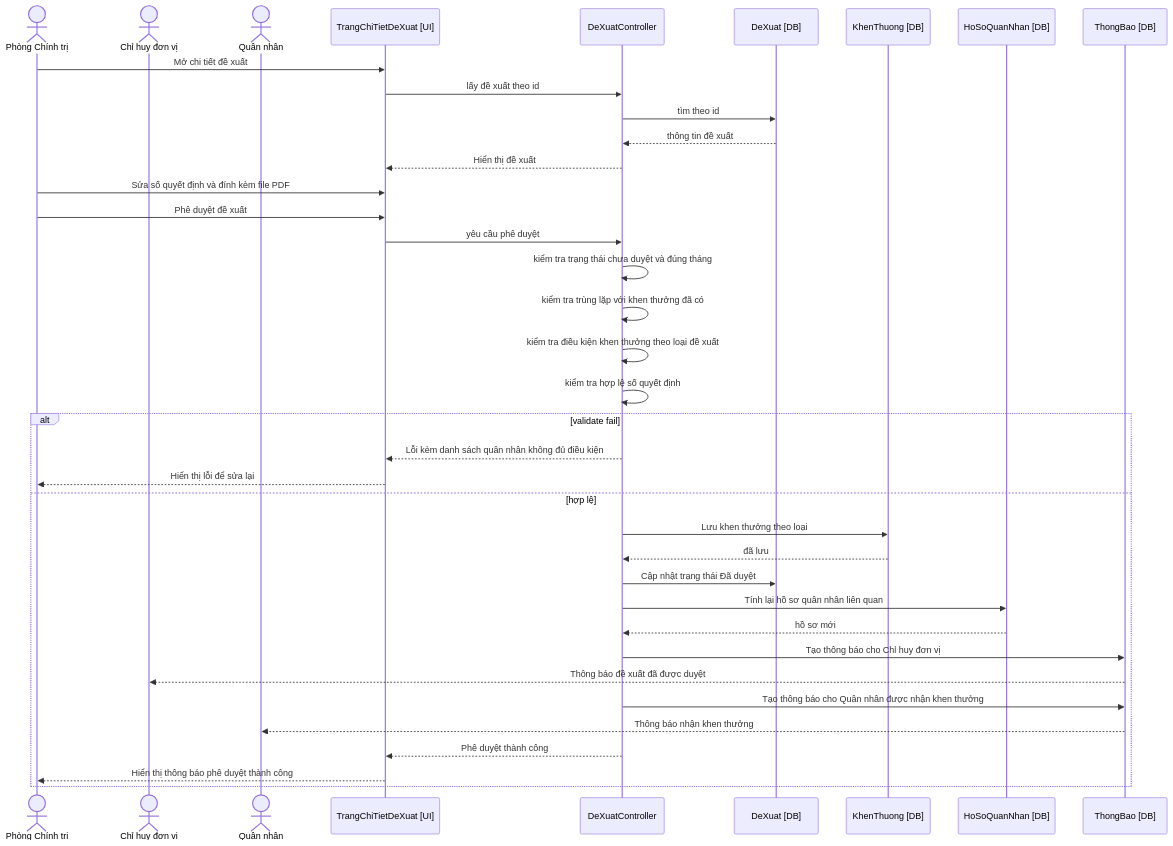
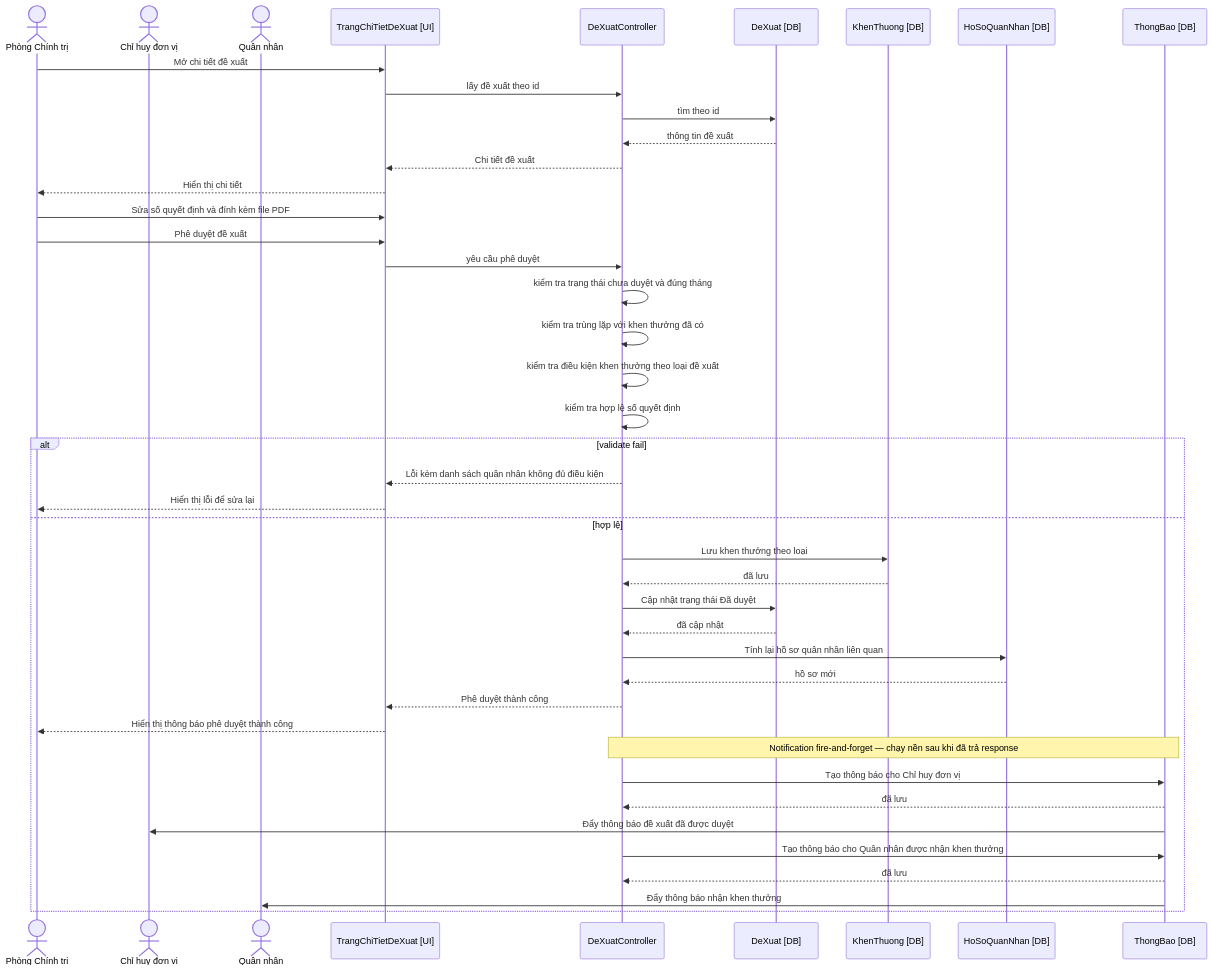
The third of 9 diagrams in docs/diagrams/05-sequence.md (tranducbk/DATN_PM_QLKT), drawn with Mermaid before and after one commit. The commit also changed other lines of this file and 123 other files, not shown here.

````diff
--- a/docs/diagrams/05-sequence.md
+++ b/docs/diagrams/05-sequence.md
@@ -69,45 +81,50 @@
 ```mermaid
 sequenceDiagram
     actor ADM as Phòng Chính trị
     actor MGR as Chỉ huy đơn vị
     actor QN as Quân nhân
     participant Page as TrangChiTietDeXuat [UI]
     participant Ctrl as DeXuatController
     participant DX as DeXuat [DB]
     participant KT as KhenThuong [DB]
     participant HS as HoSoQuanNhan [DB]
     participant TB as ThongBao [DB]
 
     ADM->>Page: Mở chi tiết đề xuất
     Page->>Ctrl: lấy đề xuất theo id
     Ctrl->>DX: tìm theo id
     DX-->>Ctrl: thông tin đề xuất
-    Ctrl-->>Page: Hiển thị đề xuất
+    Ctrl-->>Page: Chi tiết đề xuất
+    Page-->>ADM: Hiển thị chi tiết
 
     ADM->>Page: Sửa số quyết định và đính kèm file PDF
     ADM->>Page: Phê duyệt đề xuất
     Page->>Ctrl: yêu cầu phê duyệt
     Ctrl->>Ctrl: kiểm tra trạng thái chưa duyệt và đúng tháng
     Ctrl->>Ctrl: kiểm tra trùng lặp với khen thưởng đã có
     Ctrl->>Ctrl: kiểm tra điều kiện khen thưởng theo loại đề xuất
     Ctrl->>Ctrl: kiểm tra hợp lệ số quyết định
 
     alt validate fail
         Ctrl-->>Page: Lỗi kèm danh sách quân nhân không đủ điều kiện
         Page-->>ADM: Hiển thị lỗi để sửa lại
     else hợp lệ
         Ctrl->>KT: Lưu khen thưởng theo loại
         KT-->>Ctrl: đã lưu
         Ctrl->>DX: Cập nhật trạng thái Đã duyệt
+        DX-->>Ctrl: đã cập nhật
         Ctrl->>HS: Tính lại hồ sơ quân nhân liên quan
         HS-->>Ctrl: hồ sơ mới
 
-        Ctrl->>TB: Tạo thông báo cho Chỉ huy đơn vị
-        TB-->>MGR: Thông báo đề xuất đã được duyệt
-        Ctrl->>TB: Tạo thông báo cho Quân nhân được nhận khen thưởng
-        TB-->>QN: Thông báo nhận khen thưởng
-
         Ctrl-->>Page: Phê duyệt thành công
         Page-->>ADM: Hiển thị thông báo phê duyệt thành công
+
+        Note over Ctrl,TB: Notification fire-and-forget — chạy nền sau khi đã trả response
+        Ctrl->>TB: Tạo thông báo cho Chỉ huy đơn vị
+        TB-->>Ctrl: đã lưu
+        TB->>MGR: Đẩy thông báo đề xuất đã được duyệt
+        Ctrl->>TB: Tạo thông báo cho Quân nhân được nhận khen thưởng
+        TB-->>Ctrl: đã lưu
+        TB->>QN: Đẩy thông báo nhận khen thưởng
     end
 ```
````
